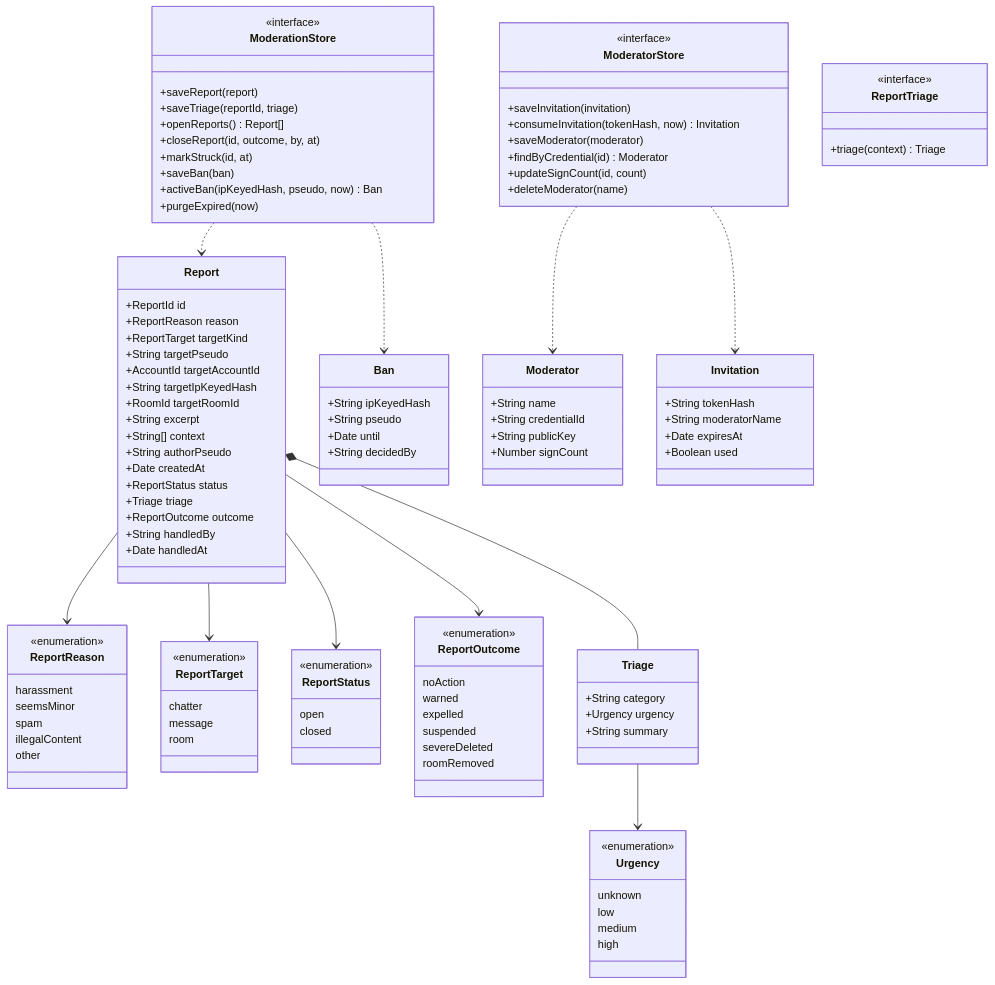
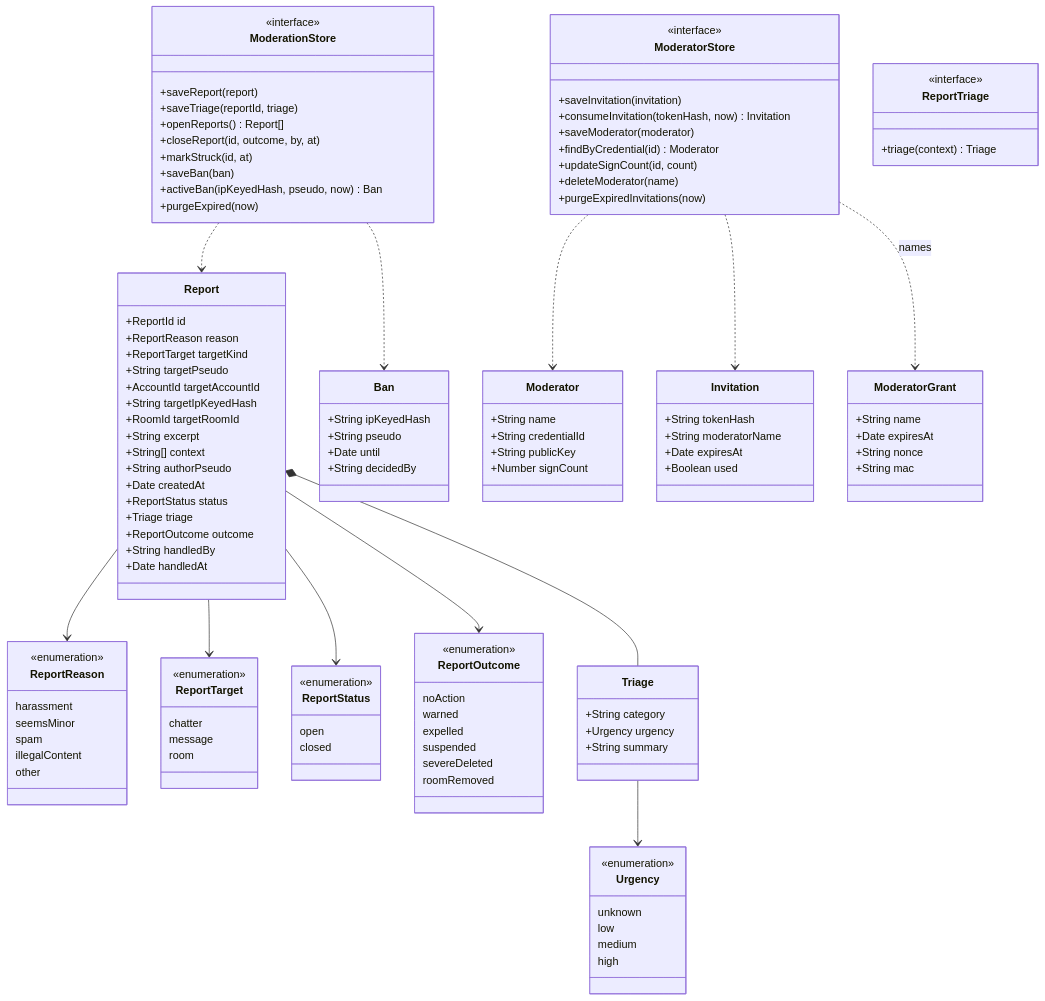
The diagram in docs/architecture/diagrams/moderation/04-class.md (benoit-bremaud/asv), drawn with Mermaid before and after one commit. The commit also changed other lines of this file and 9 other files, not shown here.

````diff
--- a/docs/architecture/diagrams/moderation/04-class.md
+++ b/docs/architecture/diagrams/moderation/04-class.md
@@ -108,6 +108,13 @@
     +findByCredential(id) Moderator
     +updateSignCount(id, count)
     +deleteModerator(name)
+    +purgeExpiredInvitations(now)
+  }
+  class ModeratorGrant {
+    +String name
+    +Date expiresAt
+    +String nonce
+    +String mac
   }
   class ReportTriage {
     <<interface>>
@@ -123,4 +130,5 @@
   ModerationStore ..> Ban
   ModeratorStore ..> Moderator
   ModeratorStore ..> Invitation
+  ModeratorStore ..> ModeratorGrant : names
 ```
````
